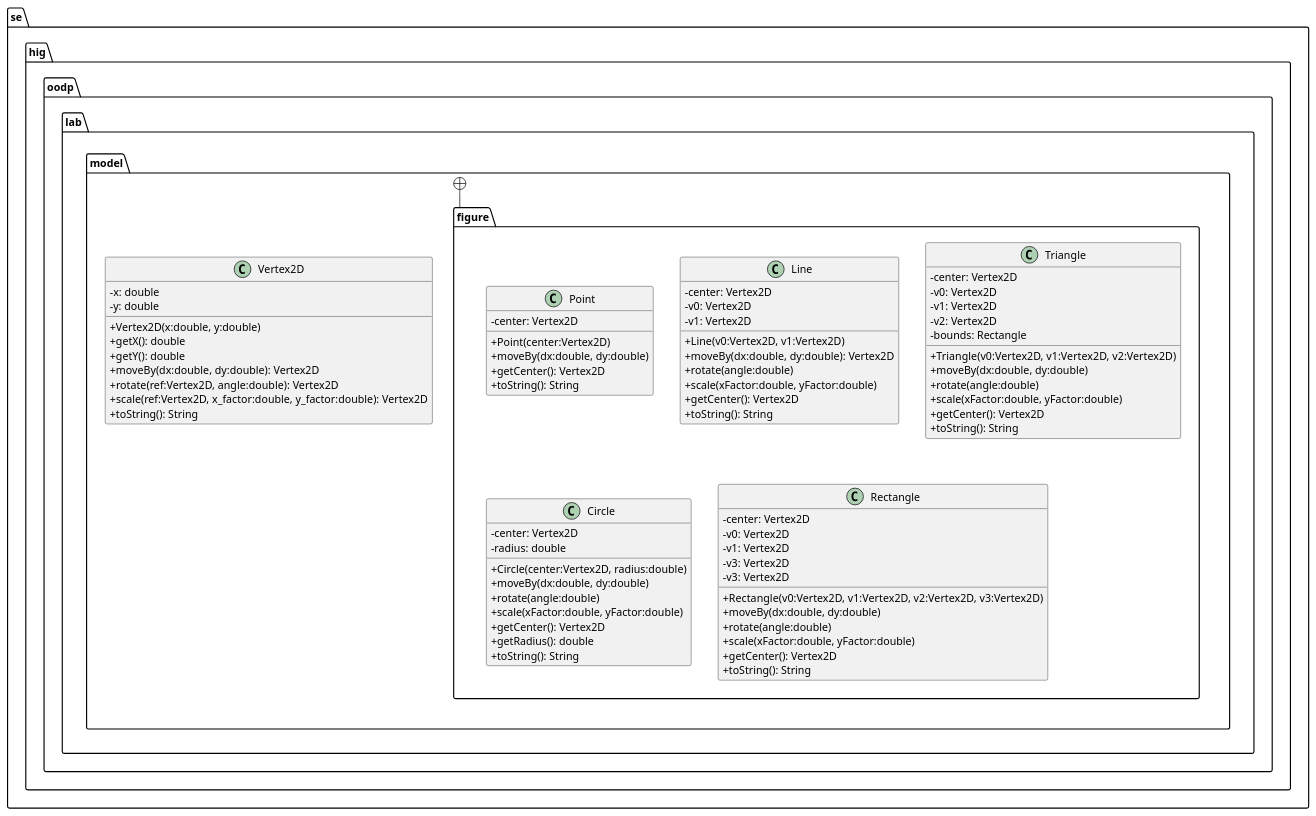
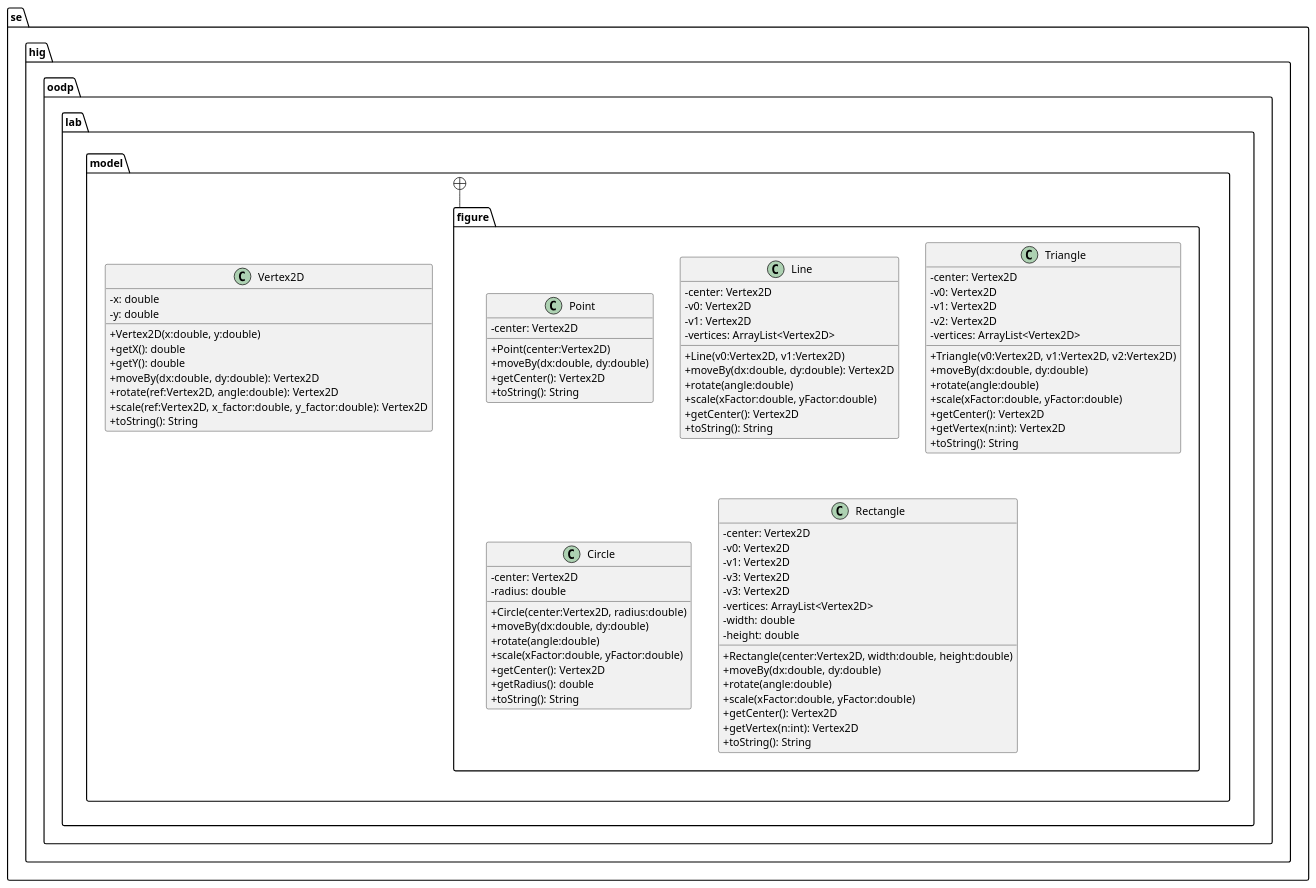
One commit to jonasjberg/DVG303_lab2 changed the diagram in diagram/uppgift1.puml. Above: the diagram before and after it, drawn with PlantUML. The commit also changed 5 other files, not shown here.

```diff
--- a/diagram/uppgift1.puml
+++ b/diagram/uppgift1.puml
@@ -1,105 +1,111 @@
 @startuml
 ' ____________________________________________________________________________
 ' ____ CONFIGURATION OPTIONS __________________________________________________
 
 skinparam packageStyle folder
 
 ' don't use characters to indicate visibility
 skinparam classAttributeIconsize 0
 
 
 ' ____________________________________________________________________________
 ' ____ CLASS DEFINITIONS ______________________________________________________
 package se.hig.oodp.lab.model {
     class Vertex2D {
         -x: double
         -y: double
         +Vertex2D(x:double, y:double)
         +getX(): double
         +getY(): double
         +moveBy(dx:double, dy:double): Vertex2D
         +rotate(ref:Vertex2D, angle:double): Vertex2D
         +scale(ref:Vertex2D, x_factor:double, y_factor:double): Vertex2D
         +toString(): String
     }
 }
 
 package se.hig.oodp.lab.model.figure {
     class Point {
         -center: Vertex2D
         +Point(center:Vertex2D)
         +moveBy(dx:double, dy:double)
         +getCenter(): Vertex2D
         +toString(): String
     }
 
     class Line {
         -center: Vertex2D
         -v0: Vertex2D
         -v1: Vertex2D
+        -vertices: ArrayList<Vertex2D>
         +Line(v0:Vertex2D, v1:Vertex2D)
         +moveBy(dx:double, dy:double): Vertex2D
         +rotate(angle:double)
         +scale(xFactor:double, yFactor:double)
         +getCenter(): Vertex2D
         +toString(): String
     }
 
     class Triangle {
         -center: Vertex2D
         -v0: Vertex2D
         -v1: Vertex2D
         -v2: Vertex2D
-        -bounds: Rectangle
+        -vertices: ArrayList<Vertex2D>
 
         +Triangle(v0:Vertex2D, v1:Vertex2D, v2:Vertex2D)
         +moveBy(dx:double, dy:double)
         +rotate(angle:double)
         +scale(xFactor:double, yFactor:double)
         +getCenter(): Vertex2D
+        +getVertex(n:int): Vertex2D
         +toString(): String
     }
 
     class Circle {
         -center: Vertex2D
         -radius: double
 
         +Circle(center:Vertex2D, radius:double)
         +moveBy(dx:double, dy:double)
         +rotate(angle:double)
         +scale(xFactor:double, yFactor:double)
         +getCenter(): Vertex2D
         +getRadius(): double
         +toString(): String
     }
 
     class Rectangle {
         -center: Vertex2D
         -v0: Vertex2D
         -v1: Vertex2D
         -v3: Vertex2D
         -v3: Vertex2D
+        -vertices: ArrayList<Vertex2D>
+        -width: double
+        -height: double
 
-        +Rectangle(v0:Vertex2D, v1:Vertex2D, v2:Vertex2D, v3:Vertex2D)
+        +Rectangle(center:Vertex2D, width:double, height:double)
         +moveBy(dx:double, dy:double)
         +rotate(angle:double)
         +scale(xFactor:double, yFactor:double)
         +getCenter(): Vertex2D
+        +getVertex(n:int): Vertex2D
         +toString(): String
     }
 }
 
 
 ' ____________________________________________________________________________
 ' ____ PACKAGE HIERARCHY _____________________________________________________
 se.hig.oodp.lab.model +-- se.hig.oodp.lab.model.figure
 
 
 ' ____________________________________________________________________________
 ' ____ RELATIONS BETWEEN CLASSES _____________________________________________
 
 
 
 
 
 @enduml
```
